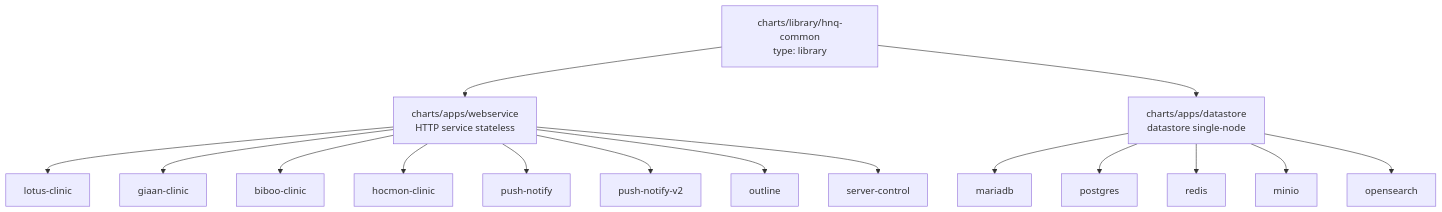
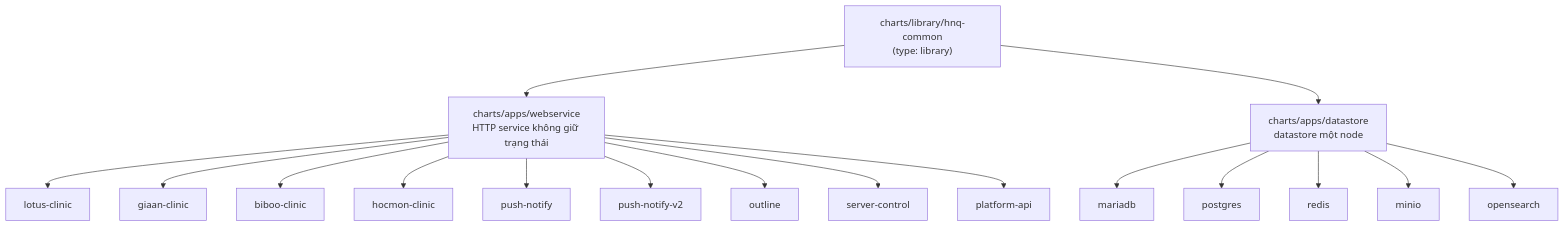
Before and after one commit to hunho247/HNQ-Infra: the fourth of 6 diagrams in docs/REFACTOR_PLAN.md, drawn with Mermaid. The commit also changed other lines of this file and 2 other files, not shown here.

````diff
--- a/docs/REFACTOR_PLAN.md
+++ b/docs/REFACTOR_PLAN.md
@@ -494,25 +656,26 @@
 ```mermaid
 flowchart TD
-  LIB["charts/library/hnq-common<br/>type: library"]
+  LIB["charts/library/hnq-common<br/>(type: library)"]
 
-  WS["charts/apps/webservice<br/>HTTP service stateless"]
-  DS["charts/apps/datastore<br/>datastore single-node"]
+  WS["charts/apps/webservice<br/>HTTP service không giữ trạng thái"]
+  DS["charts/apps/datastore<br/>datastore một node"]
 
   LIB --> WS
   LIB --> DS
 
   WS --> T1[lotus-clinic]
   WS --> T2[giaan-clinic]
   WS --> T3[biboo-clinic]
   WS --> T4[hocmon-clinic]
   WS --> T5[push-notify]
   WS --> T6[push-notify-v2]
   WS --> T7[outline]
   WS --> T8[server-control]
+  WS --> T9[platform-api]
 
   DS --> D1[mariadb]
   DS --> D2[postgres]
   DS --> D3[redis]
   DS --> D4[minio]
   DS --> D5[opensearch]
 ```
````
